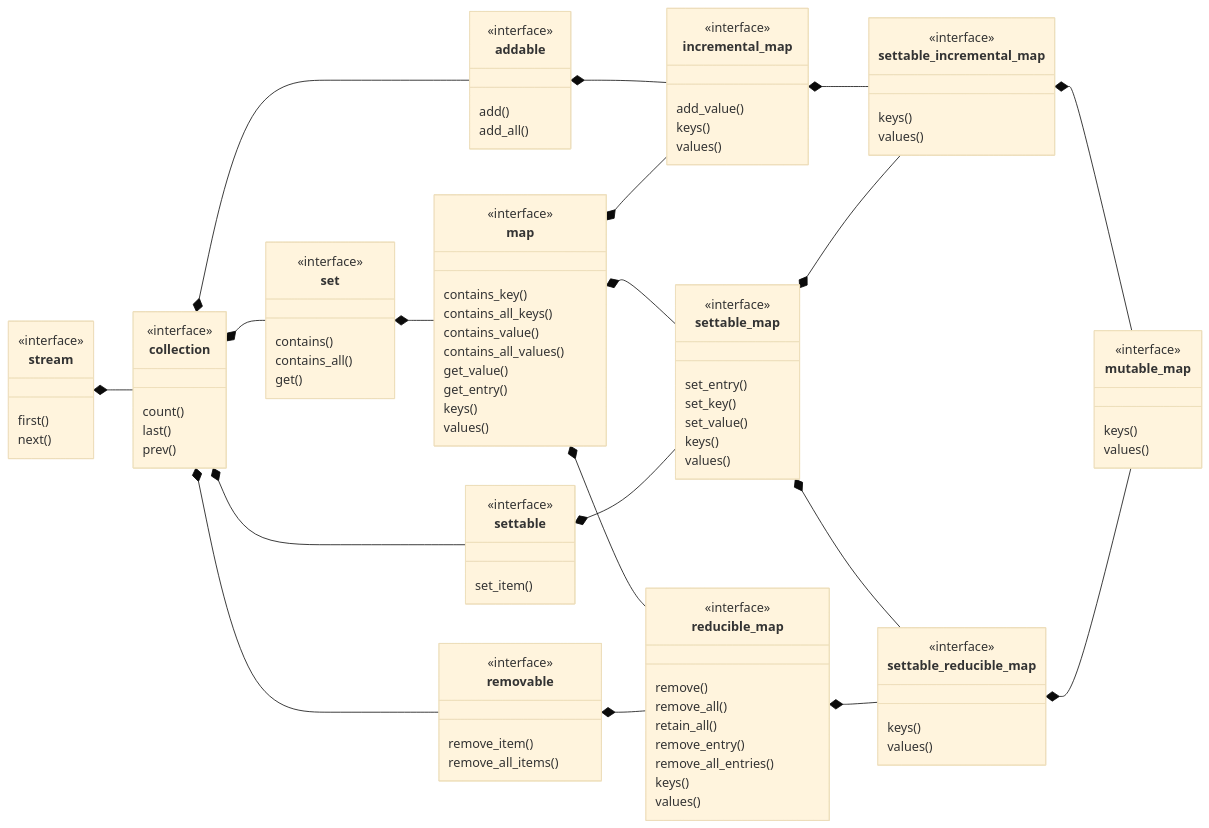
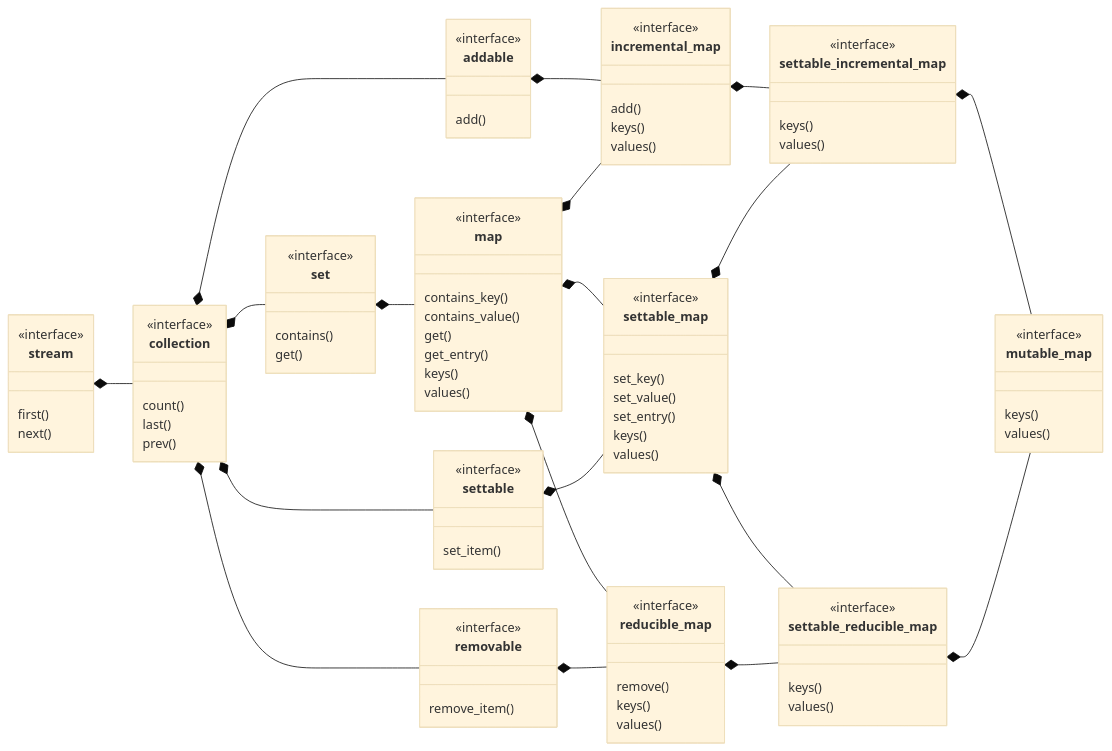
Before and after one commit to pretore/aquarium-butterflyfish: the diagram in doc/mutable_map.md, drawn with Mermaid (base theme). The commit also changed 387 other files, not shown here.

```diff
--- a/doc/mutable_map.md
+++ b/doc/mutable_map.md
@@ -17,27 +17,22 @@
     stream *-- collection
     class set {
         contains()
-        contains_all()
         get()
     }
     <<interface>> set
     collection *-- set
     class addable {
         add()
-        add_all()
     }
     <<interface>> addable
     collection *-- addable
     class removable {
         remove_item()
-        remove_all_items()
     }
     class map {
         contains_key()
-        contains_all_keys()
         contains_value()
-        contains_all_values()
-        get_value()
+        get()
         get_entry()
         keys()
         values()
@@ -52,7 +47,7 @@
     <<interface>> map
     set *-- map
     class incremental_map {
-        add_value()
+        add()
         keys()
         values()
     }
@@ -61,10 +56,6 @@
     map *-- incremental_map
     class reducible_map {
         remove()
-        remove_all()
-        retain_all()
-        remove_entry()
-        remove_all_entries()
         keys()
         values()
     }
@@ -72,9 +63,9 @@
     map *-- reducible_map
     removable *-- reducible_map
     class settable_map {
-        set_entry()
         set_key()
         set_value()
+        set_entry()
         keys()
         values()
     }
```
